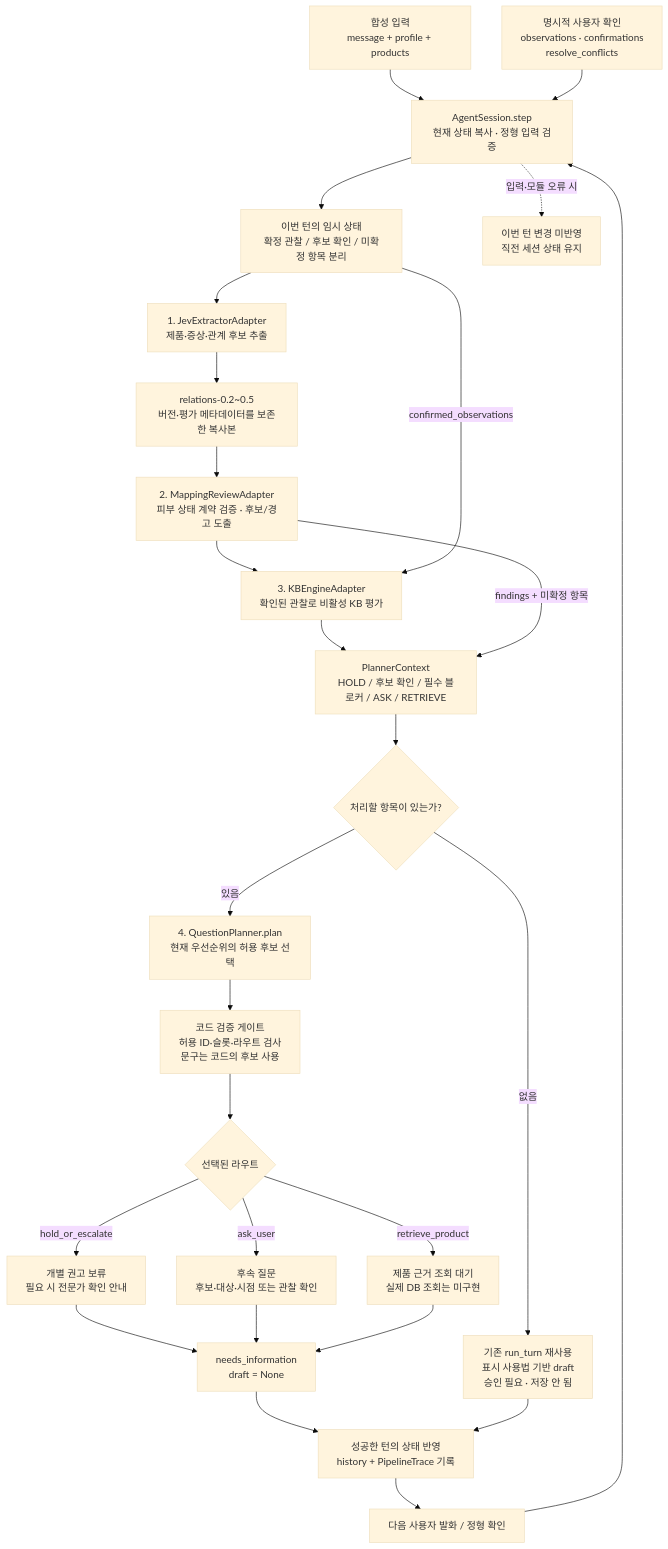
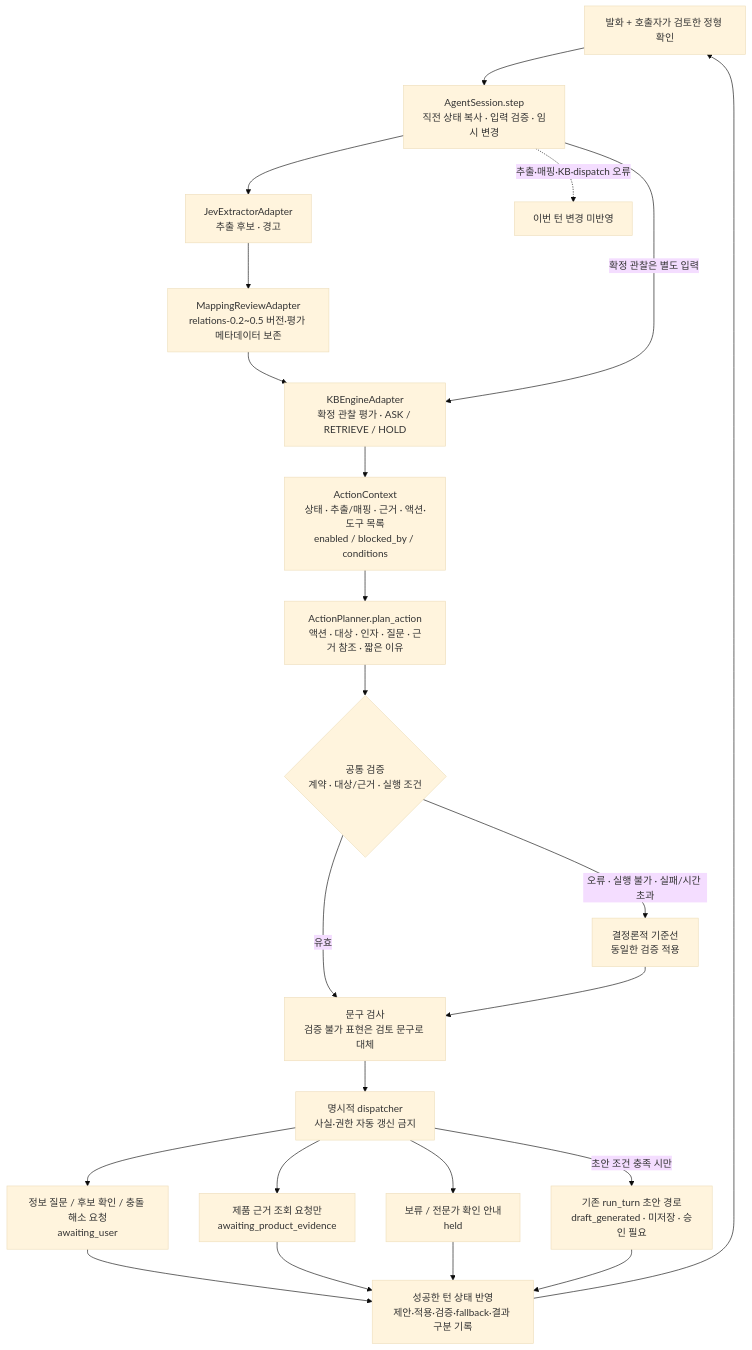
One commit to rnehdud/ppopy changed the first of 2 diagrams in courses/ai-applications/experiments/cos-agent/docs/modular-agent-loop.md. Above: the diagram before and after it, drawn with Mermaid (base theme). The commit also changed other lines of this file and 13 other files, not shown here.

Commit message:
feat: validate and dispatch contextual agent action proposals

````diff
--- a/courses/ai-applications/experiments/cos-agent/docs/modular-agent-loop.md
+++ b/courses/ai-applications/experiments/cos-agent/docs/modular-agent-loop.md
@@ -9,29 +9,25 @@
 ```mermaid
 flowchart TD
-    Input["합성 입력<br/>message + profile + products"] --> Session["AgentSession.step<br/>현재 상태 복사 · 정형 입력 검증"]
-    Update["명시적 사용자 확인<br/>observations · confirmations<br/>resolve_conflicts"] --> Session
-    Session --> State["이번 턴의 임시 상태<br/>확정 관찰 / 후보 확인 / 미확정 항목 분리"]
-    State --> Jev["1. JevExtractorAdapter<br/>제품·증상·관계 후보 추출"]
-    Jev --> Bridge["relations-0.2~0.5<br/>버전·평가 메타데이터를 보존한 복사본"]
-    Bridge --> Mapping["2. MappingReviewAdapter<br/>피부 상태 계약 검증 · 후보/경고 도출"]
-    Mapping --> KB["3. KBEngineAdapter<br/>확인된 관찰로 비활성 KB 평가"]
-    State -->|"confirmed_observations"| KB
-    KB --> Context["PlannerContext<br/>HOLD / 후보 확인 / 필수 블로커 / ASK / RETRIEVE"]
-    Mapping -->|"findings + 미확정 항목"| Context
-    Context --> Remaining{"처리할 항목이 있는가?"}
-    Remaining -->|"있음"| Planner["4. QuestionPlanner.plan<br/>현재 우선순위의 허용 후보 선택"]
-    Planner --> Gate["코드 검증 게이트<br/>허용 ID·슬롯·라우트 검사<br/>문구는 코드의 후보 사용"]
-    Gate --> Route{"선택된 라우트"}
-    Route -->|"hold_or_escalate"| Hold["개별 권고 보류<br/>필요 시 전문가 확인 안내"]
-    Route -->|"ask_user"| Ask["후속 질문<br/>후보·대상·시점 또는 관찰 확인"]
-    Route -->|"retrieve_product"| Retrieve["제품 근거 조회 대기<br/>실제 DB 조회는 미구현"]
-    Remaining -->|"없음"| Draft["기존 run_turn 재사용<br/>표시 사용법 기반 draft<br/>승인 필요 · 저장 안 됨"]
-    Hold --> Needs["needs_information<br/>draft = None"]
-    Ask --> Needs
-    Retrieve --> Needs
-    Needs --> Commit["성공한 턴의 상태 반영<br/>history + PipelineTrace 기록"]
+    Input["발화 + 호출자가 검토한 정형 확인"] --> Stage["AgentSession.step<br/>직전 상태 복사 · 입력 검증 · 임시 변경"]
+    Stage --> Jev["JevExtractorAdapter<br/>추출 후보 · 경고"]
+    Jev --> Mapping["MappingReviewAdapter<br/>relations-0.2~0.5 버전·평가 메타데이터 보존"]
+    Mapping --> KB["KBEngineAdapter<br/>확정 관찰 평가 · ASK / RETRIEVE / HOLD"]
+    Stage -->|"확정 관찰은 별도 입력"| KB
+    KB --> Context["ActionContext<br/>상태 · 추출/매핑 · 근거 · 액션·도구 목록<br/>enabled / blocked_by / conditions"]
+    Context --> Model["ActionPlanner.plan_action<br/>액션 · 대상 · 인자 · 질문 · 근거 참조 · 짧은 이유"]
+    Model --> Gate{"공통 검증<br/>계약 · 대상/근거 · 실행 조건"}
+    Gate -->|"오류 · 실행 불가 · 실패/시간 초과"| Baseline["결정론적 기준선<br/>동일한 검증 적용"]
+    Gate -->|"유효"| Wording["문구 검사<br/>검증 불가 표현은 검토 문구로 대체"]
+    Baseline --> Wording
+    Wording --> Dispatcher["명시적 dispatcher<br/>사실·권한 자동 갱신 금지"]
+    Dispatcher --> Ask["정보 질문 / 후보 확인 / 충돌 해소 요청<br/>awaiting_user"]
+    Dispatcher --> Retrieve["제품 근거 조회 요청만<br/>awaiting_product_evidence"]
+    Dispatcher --> Hold["보류 / 전문가 확인 안내<br/>held"]
+    Dispatcher -->|"초안 조건 충족 시만"| Draft["기존 run_turn 초안 경로<br/>draft_generated · 미저장 · 승인 필요"]
+    Ask --> Commit["성공한 턴 상태 반영<br/>제안·적용·검증·fallback·결과 구분 기록"]
+    Retrieve --> Commit
+    Hold --> Commit
     Draft --> Commit
-    Commit --> Next["다음 사용자 발화 / 정형 확인"]
-    Next --> Session
-    Session -.->|"입력·모듈 오류 시"| Error["이번 턴 변경 미반영<br/>직전 세션 상태 유지"]
+    Commit --> Input
+    Stage -.->|"추출·매핑·KB·dispatch 오류"| Abort["이번 턴 변경 미반영"]
 ```
````
